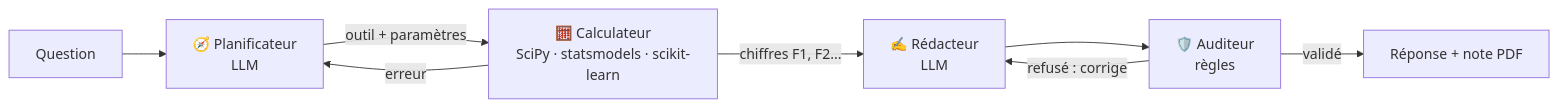
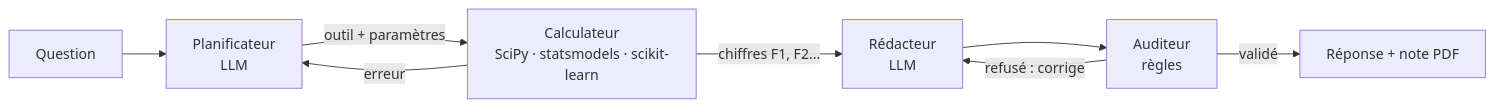
Before and after one commit to mouadelhaouzi/ProofAgent: the diagram in README.md, drawn with Mermaid. The commit also changed other lines of this file, not shown here.

````diff
--- a/README.md
+++ b/README.md
@@ -29,10 +29,10 @@
 ```mermaid
 flowchart LR
-    Q[Question] --> P[🧭 Planificateur<br/>LLM]
-    P -->|outil + paramètres| C[🧮 Calculateur<br/>SciPy · statsmodels · scikit-learn]
+    Q[Question] --> P[ Planificateur<br/>LLM]
+    P -->|outil + paramètres| C[ Calculateur<br/>SciPy · statsmodels · scikit-learn]
     C -->|erreur| P
-    C -->|chiffres F1, F2...| R[✍️ Rédacteur<br/>LLM]
-    R --> A[🛡️ Auditeur<br/>règles]
+    C -->|chiffres F1, F2...| R[ Rédacteur<br/>LLM]
+    R --> A[ Auditeur<br/>règles]
     A -->|refusé : corrige| R
     A -->|validé| N[Réponse + note PDF]
 ```
````
